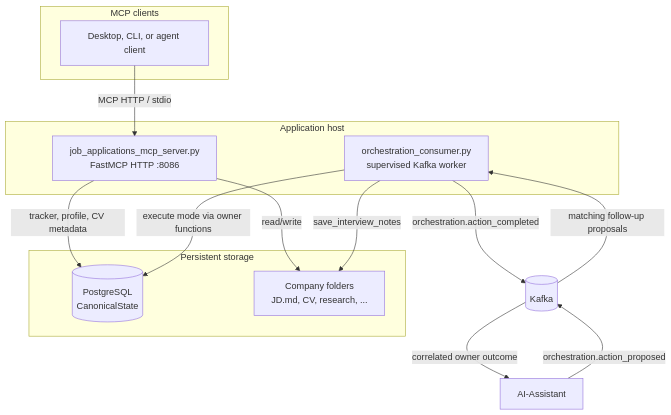
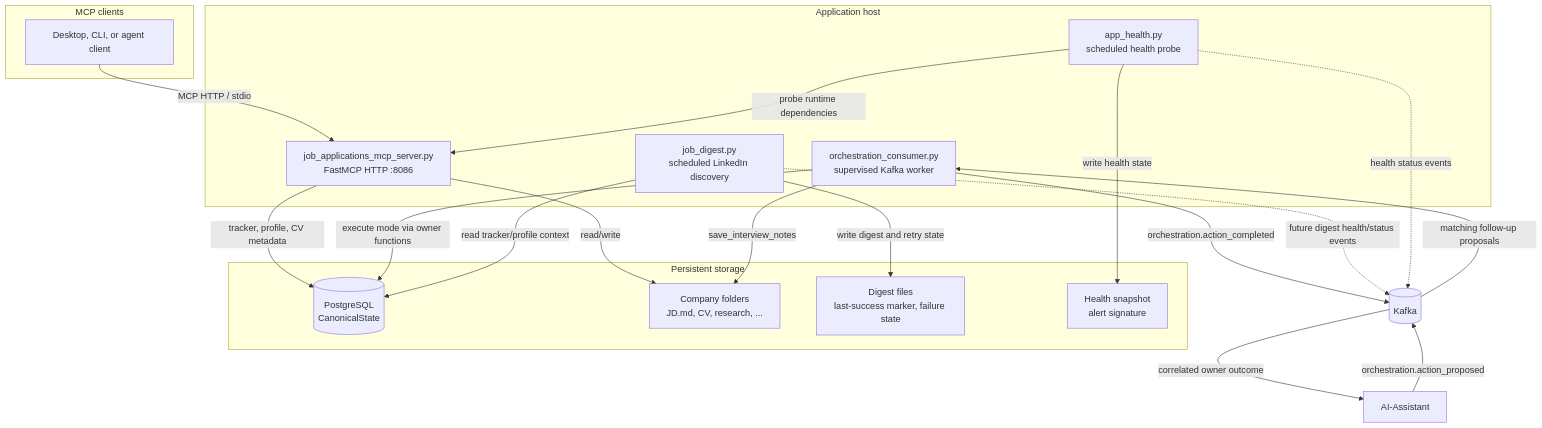
Before and after one commit to geesinlee/Job-Applications: the first of 2 diagrams in docs/ARCHITECTURE.md, drawn with Mermaid. The commit also changed other lines of this file and 17 other files, not shown here.

Commit message:
feat(health): add app_health monitoring, robust LLM digest parsing, and systemd health timers

````diff
--- a/docs/ARCHITECTURE.md
+++ b/docs/ARCHITECTURE.md
@@ -11,26 +11,36 @@
 ```mermaid
 graph TB
     subgraph "MCP clients"
         CC[Desktop, CLI, or agent client]
     end
 
     subgraph "Application host"
         MCP[job_applications_mcp_server.py<br/>FastMCP HTTP :8086]
         ORCH[orchestration_consumer.py<br/>supervised Kafka worker]
+        DIGEST[job_digest.py<br/>scheduled LinkedIn discovery]
+        HEALTH[app_health.py<br/>scheduled health probe]
     end
 
     subgraph "Persistent storage"
         PG[(PostgreSQL<br/>CanonicalState)]
         ARTEFACTS[Company folders<br/>JD.md, CV, research, ...]
+        DIGEST_STATE[Digest files<br/>last-success marker, failure state]
+        HEALTH_STATE[Health snapshot<br/>alert signature]
     end
 
     AI[AI-Assistant] -->|orchestration.action_proposed| KAFKA[(Kafka)]
     KAFKA -->|matching follow-up proposals| ORCH
     ORCH -->|orchestration.action_completed| KAFKA
     KAFKA -->|correlated owner outcome| AI
+    DIGEST -.->|future digest health/status events| KAFKA
+    HEALTH -.->|health status events| KAFKA
     CC -->|MCP HTTP / stdio| MCP
     MCP -->|tracker, profile, CV metadata| PG
     ORCH -->|execute mode via owner functions| PG
     MCP -->|read/write| ARTEFACTS
     ORCH -->|save_interview_notes| ARTEFACTS
+    DIGEST -->|read tracker/profile context| PG
+    DIGEST -->|write digest and retry state| DIGEST_STATE
+    HEALTH -->|probe runtime dependencies| MCP
+    HEALTH -->|write health state| HEALTH_STATE
 ```
````
